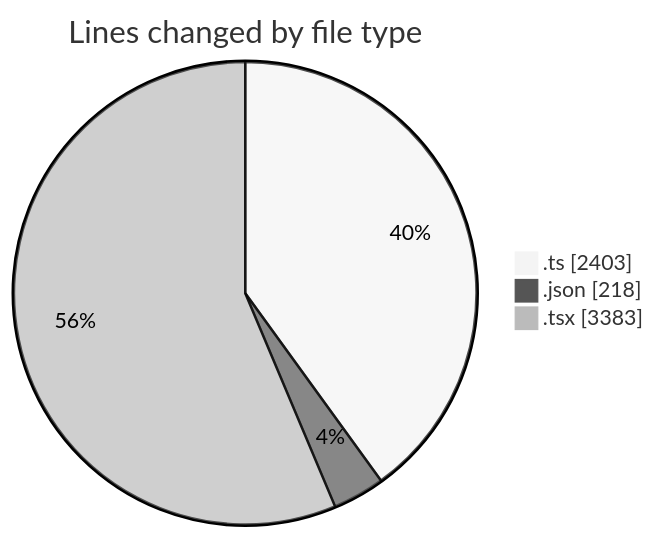
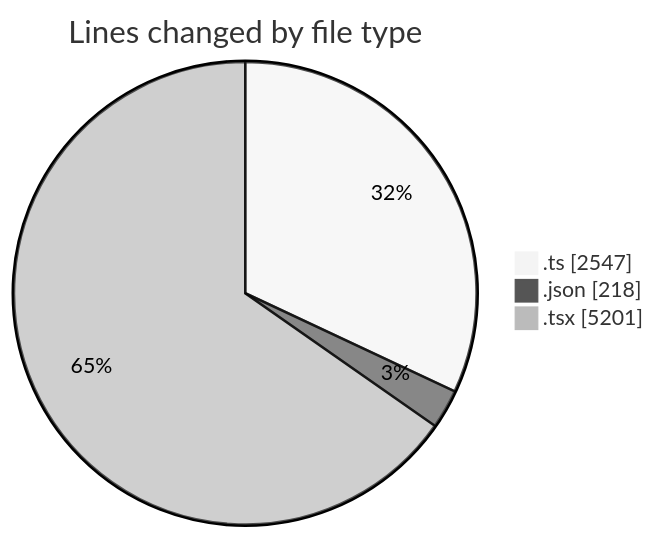
Before and after one commit to nxtqubesakshisongat/code-tracking: the first of 2 diagrams in 2026-03-16/nxtqube_webapp/README.md, drawn with Mermaid (neutral theme). The commit also changed other lines of this file and 1 other file, not shown here.

````diff
--- a/2026-03-16/nxtqube_webapp/README.md
+++ b/2026-03-16/nxtqube_webapp/README.md
@@ -29,7 +31,7 @@
 ```mermaid
 pie showData
 title Lines changed by file type
-".ts" : 2403
+".ts" : 2547
 ".json" : 218
-".tsx" : 3383
+".tsx" : 5201
 ```
````
